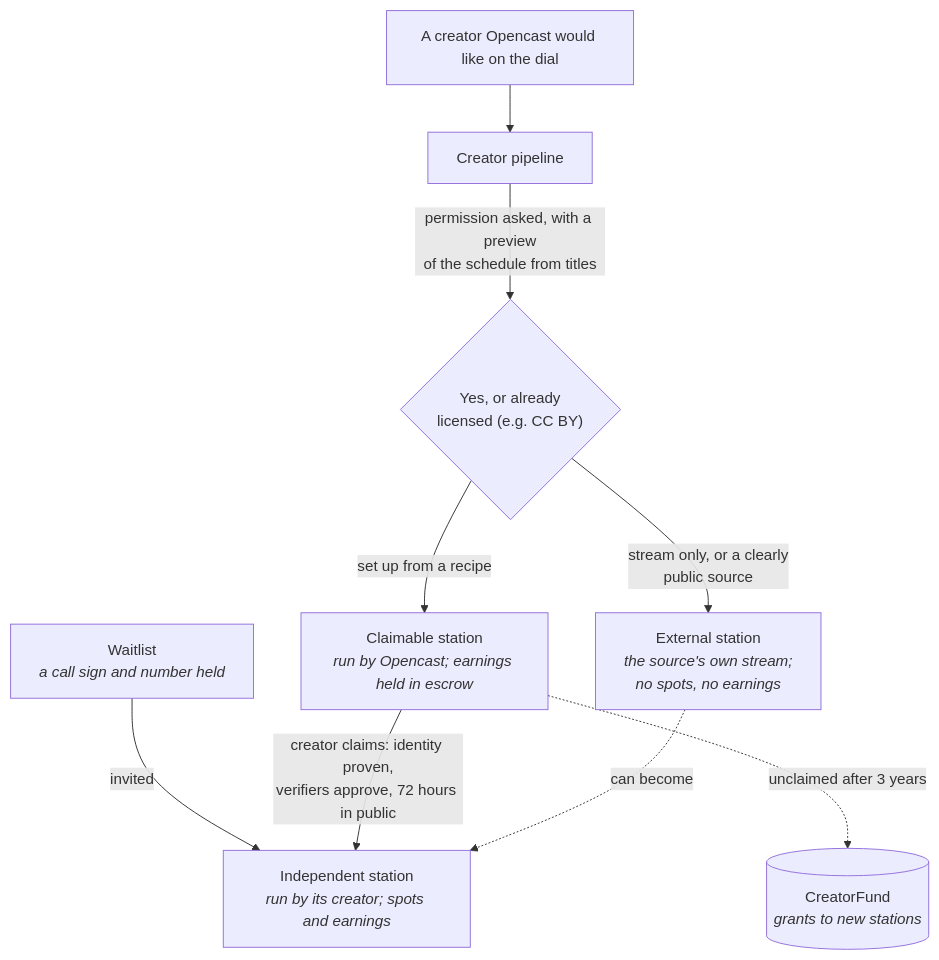
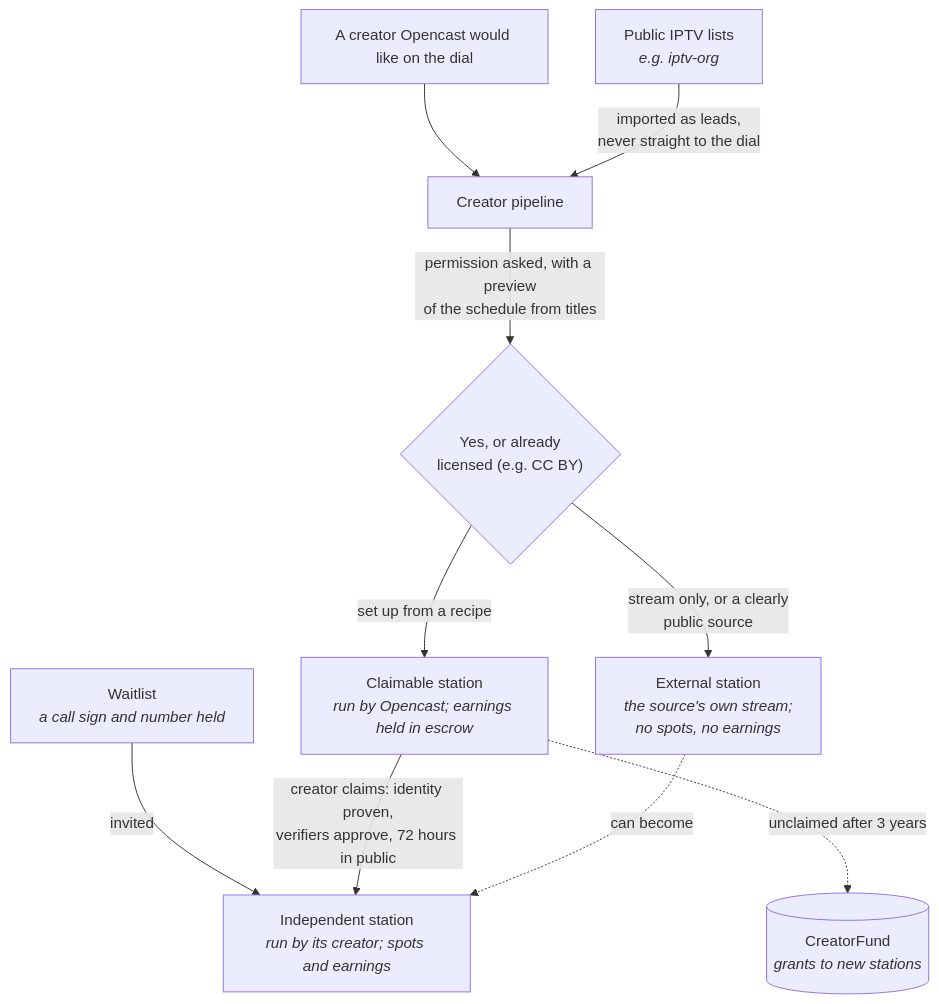
Before and after one commit to KyngKai909/opencast: the second of 6 diagrams in README.md, drawn with Mermaid.

Commit message:
README: IPTV lists come into the creator pipeline as leads

````diff
--- a/README.md
+++ b/README.md
@@ -68,11 +68,12 @@
 ```mermaid
 flowchart TD
   WL["Waitlist<br/><i>a call sign and number held</i>"] -->|"invited"| IND["Independent station<br/><i>run by its creator; spots and earnings</i>"]
   FOUND["A creator Opencast would like on the dial"] --> PIPE["Creator pipeline"]
+  IPTV["Public IPTV lists<br/><i>e.g. iptv-org</i>"] -->|"imported as leads,<br/>never straight to the dial"| PIPE
   PIPE -->|"permission asked, with a preview<br/>of the schedule from titles"| YES{"Yes, or already<br/>licensed (e.g. CC BY)"}
   YES -->|"set up from a recipe"| CL["Claimable station<br/><i>run by Opencast; earnings held in escrow</i>"]
   CL -->|"creator claims: identity proven,<br/>verifiers approve, 72 hours in public"| IND
   CL -.->|"unclaimed after 3 years"| FUND[("CreatorFund<br/><i>grants to new stations</i>")]
   YES -->|"stream only, or a clearly<br/>public source"| EXT["External station<br/><i>the source's own stream;<br/>no spots, no earnings</i>"]
   EXT -.->|"can become"| IND
 ```
````
